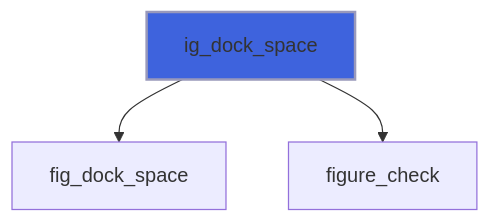
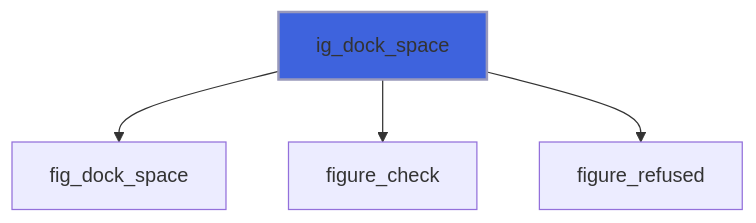
The second of 9 diagrams in docs/api/src/lib/figure_dock.md (szaghi/figure), drawn with Mermaid before and after one commit. The commit also changed 13 other files, not shown here.

````diff
--- a/docs/api/src/lib/figure_dock.md
+++ b/docs/api/src/lib/figure_dock.md
@@ -77,6 +77,7 @@
 ```mermaid
 flowchart TD
   ig_dock_space["ig_dock_space"] --> fig_dock_space["fig_dock_space"]
   ig_dock_space["ig_dock_space"] --> figure_check["figure_check"]
+  ig_dock_space["ig_dock_space"] --> figure_refused["figure_refused"]
   style ig_dock_space fill:#3e63dd,stroke:#99b,stroke-width:2px
 ```
````
